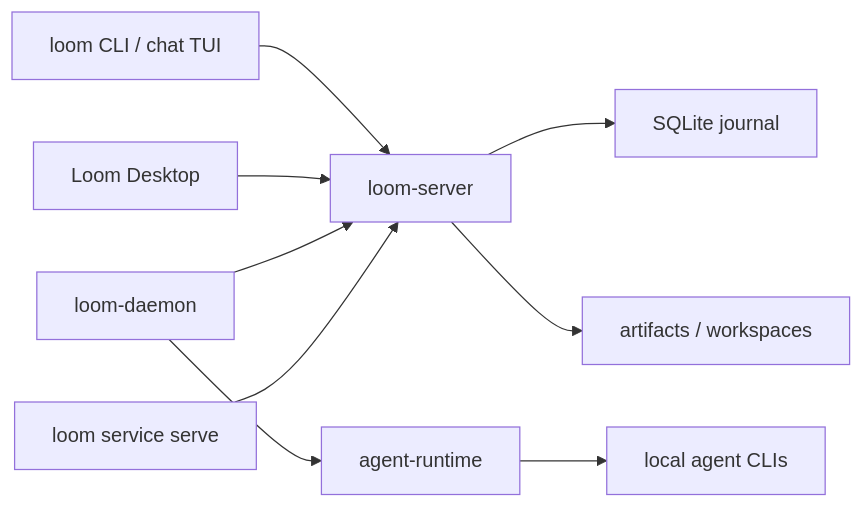
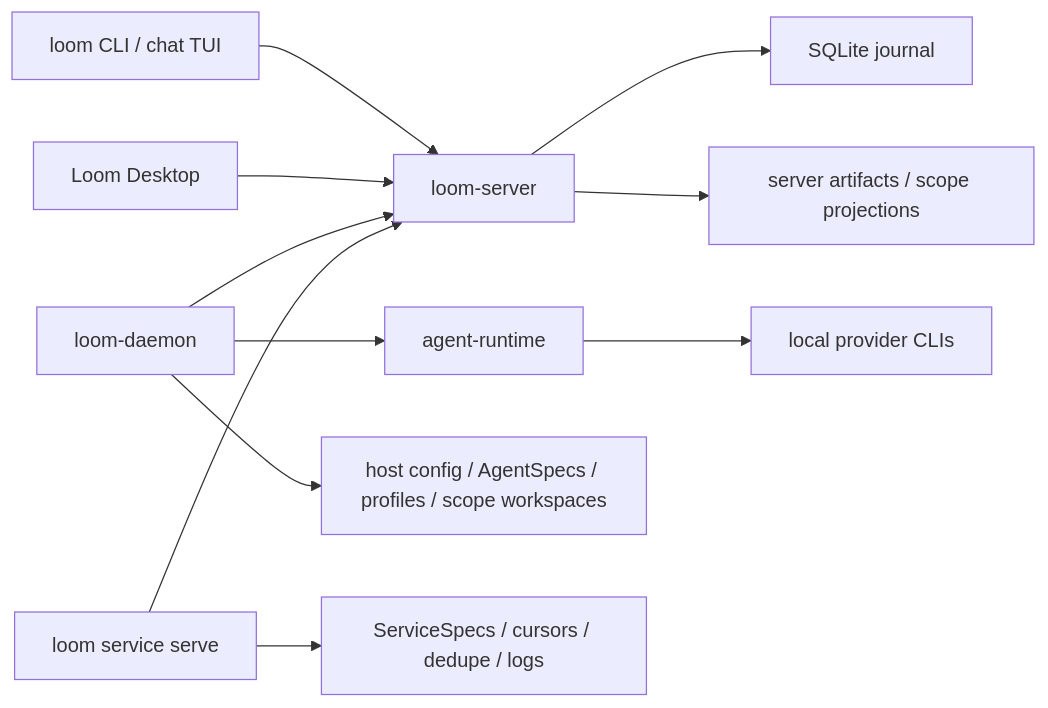
Before and after one commit to wyw-ai/loom: the diagram in README.zh-CN.md, drawn with Mermaid. The commit also changed other lines of this file and 1 other file, not shown here.

````diff
--- a/README.zh-CN.md
+++ b/README.zh-CN.md
@@ -60,11 +135,13 @@
 ```mermaid
 flowchart LR
   cli["loom CLI / chat TUI"] --> server["loom-server"]
   gui["Loom Desktop"] --> server
   daemon["loom-daemon"] --> server
   service["loom service serve"] --> server
   daemon --> runtime["agent-runtime"]
-  runtime --> providers["local agent CLIs"]
+  runtime --> providers["local provider CLIs"]
+  daemon --> hostdata["host config / AgentSpecs / profiles / scope workspaces"]
+  service --> svcstate["ServiceSpecs / cursors / dedupe / logs"]
   server --> store["SQLite journal"]
-  server --> artifacts["artifacts / workspaces"]
+  server --> files["server artifacts / scope projections"]
 ```
````
